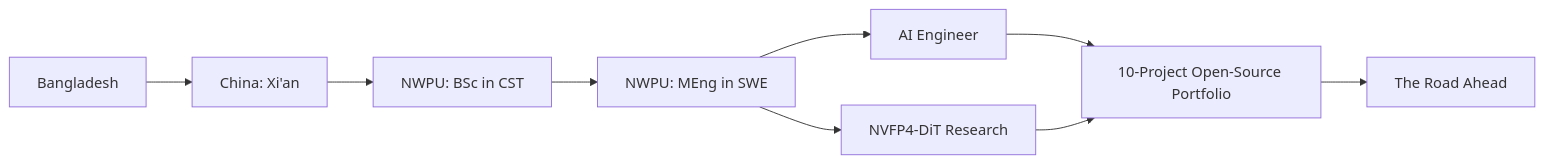
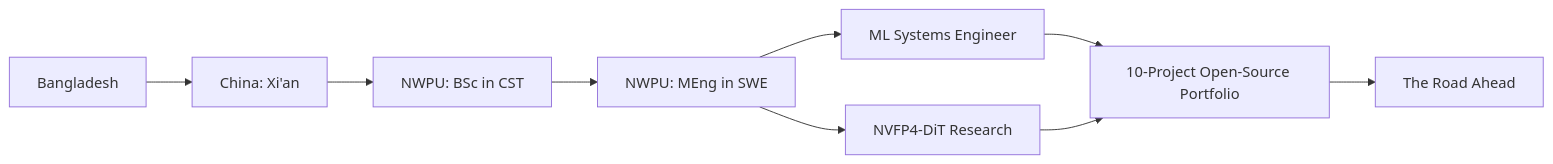
Before and after one commit to theraihanrakibb/theraihanrakibb: the diagram in README.md, drawn with Mermaid. The commit also changed other lines of this file and 2 other files, not shown here.

````diff
--- a/README.md
+++ b/README.md
@@ -48,11 +48,11 @@
 ```mermaid
 flowchart LR
     BD[Bangladesh] --> CN[China: Xi'an]
     CN --> BS[NWPU: BSc in CST]
     BS --> MS[NWPU: MEng in SWE]
-    MS --> AI[AI Engineer]
+    MS --> AI[ML Systems Engineer]
     MS --> RS[NVFP4-DiT Research]
     AI --> PF[10-Project Open-Source Portfolio]
     RS --> PF
     PF --> FUT[The Road Ahead]
 ```
````
